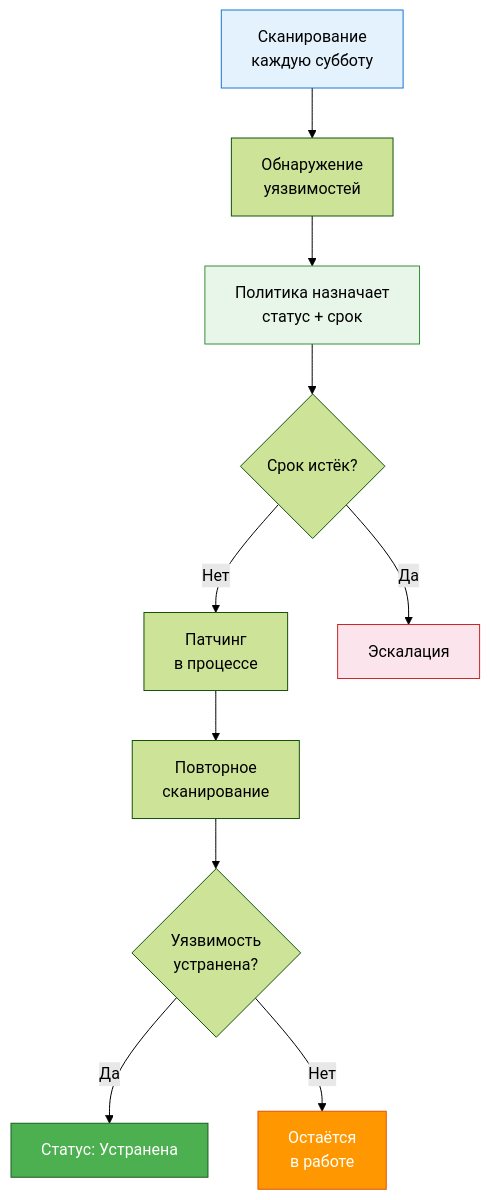
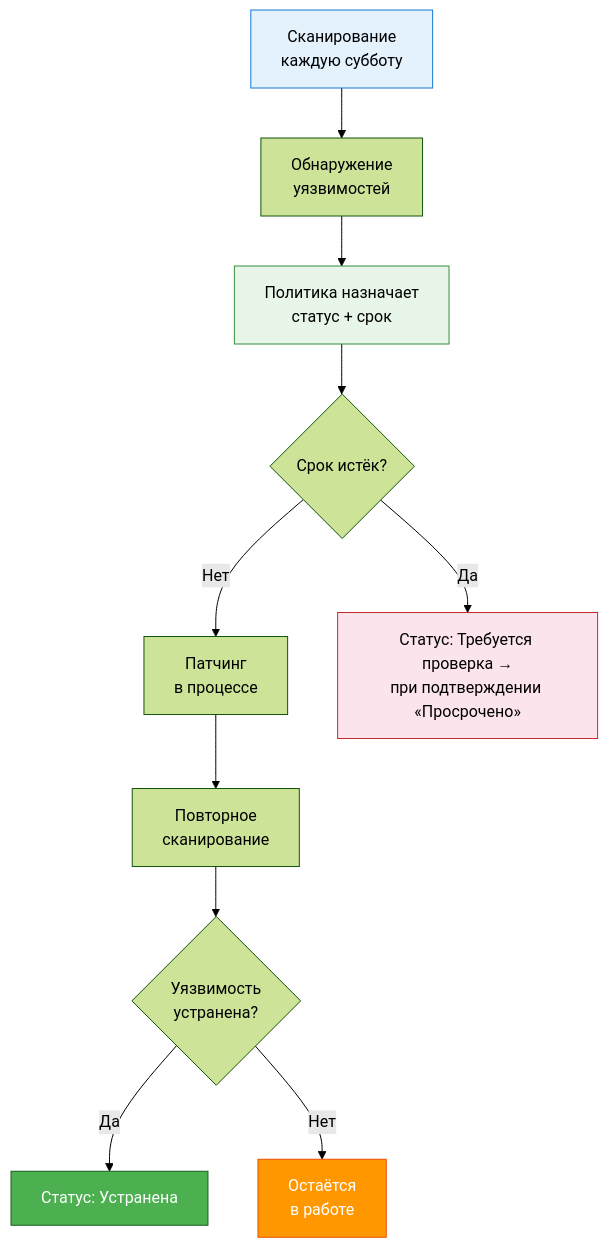
One commit to ale88andr/obs-vault changed the third of 3 diagrams in InfoSec/PositiveTechnologies/MaxPatrol VM/6. Автоматизация и политики.md. Above: the diagram before and after it, drawn with Mermaid (forest theme). The commit also changed other lines of this file and 16 other files, not shown here.

````diff
--- a/InfoSec/PositiveTechnologies/MaxPatrol VM/6. Автоматизация и политики.md
+++ b/InfoSec/PositiveTechnologies/MaxPatrol VM/6. Автоматизация и политики.md
@@ -408,18 +466,18 @@
 ```mermaid
 graph TB
     A[Сканирование<br/>каждую субботу] --> B[Обнаружение<br/>уязвимостей]
     B --> C[Политика назначает<br/>статус + срок]
     C --> D{Срок истёк?}
     D -->|Нет| E[Патчинг<br/>в процессе]
-    D -->|Да| F[Эскалация]
+    D -->|Да| F[Статус: Требуется проверка →<br/>при подтверждении «Просрочено»]
     E --> G[Повторное<br/>сканирование]
     G --> H{Уязвимость<br/>устранена?}
     H -->|Да| I[Статус: Устранена]
     H -->|Нет| J[Остаётся<br/>в работе]
 
     style A fill:#e3f2fd,stroke:#1976d2
     style C fill:#e8f5e9,stroke:#388e3c
     style F fill:#fce4ec,stroke:#c62828
     style I fill:#4caf50,stroke:#1b5e20,color:#fff
     style J fill:#ff9800,stroke:#e65100,color:#fff
 ```
````
